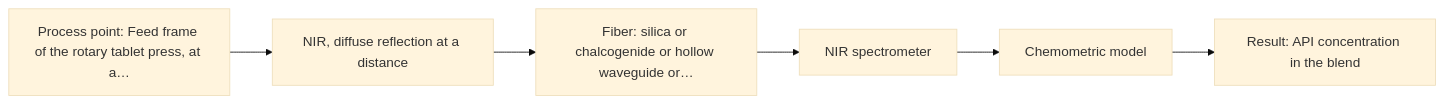
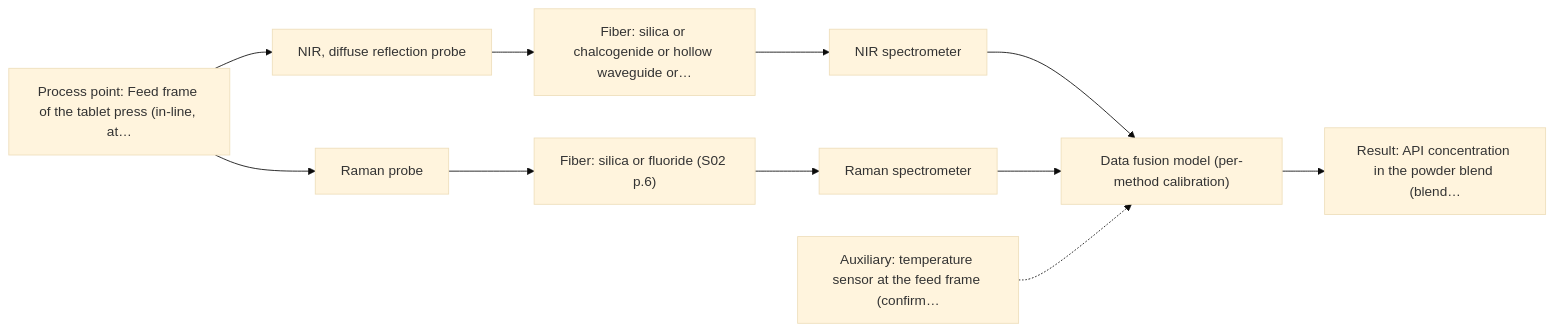
One commit to sleipnir029/Afs-Spectroscopy-Assistant changed the first of 2 diagrams in outputs/dev/D01.md. Above: the diagram before and after it, drawn with Mermaid (base theme). The commit also changed other lines of this file and 15 other files, not shown here.

Commit message:
3.R2 dev run outputs: 8/8 complete, 0 hard failures, 227/227 citations, 14/14 charts

````diff
--- a/outputs/dev/D01.md
+++ b/outputs/dev/D01.md
@@ -36,14 +36,23 @@
 ```mermaid
 flowchart LR
-    proc["Process point: Feed frame of the rotary tablet press, at a…"]
-    probe1["NIR, diffuse reflection at a distance"]
+    proc["Process point: Feed frame of the tablet press (in-line, at…"]
+    probe1["NIR, diffuse reflection probe"]
     fiber1["Fiber: silica or chalcogenide or hollow waveguide or…"]
     spec1["NIR spectrometer"]
-    model["Chemometric model"]
-    result["Result: API concentration in the blend"]
+    probe2["Raman probe"]
+    fiber2["Fiber: silica or fluoride (S02 p.6)"]
+    spec2["Raman spectrometer"]
+    model["Data fusion model (per-method calibration)"]
+    result["Result: API concentration in the powder blend (blend…"]
+    aux1["Auxiliary: temperature sensor at the feed frame (confirm…"]
     proc --> probe1
     probe1 --> fiber1
     fiber1 --> spec1
     spec1 --> model
+    proc --> probe2
+    probe2 --> fiber2
+    fiber2 --> spec2
+    spec2 --> model
     model --> result
+    aux1 -.-> model
 ```
````
